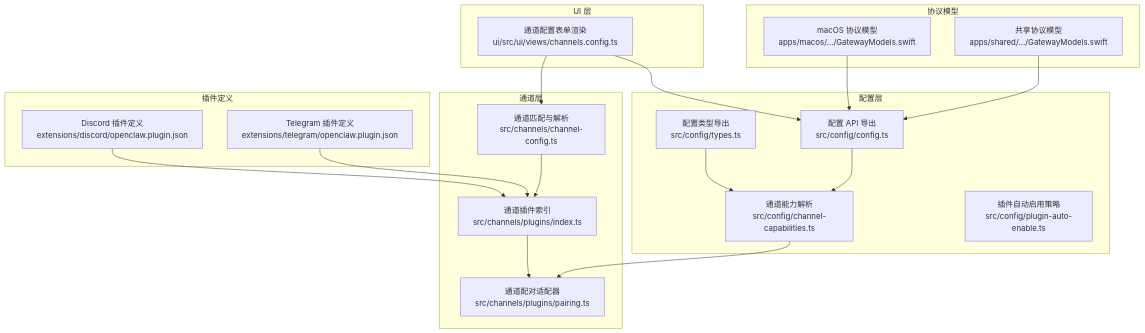
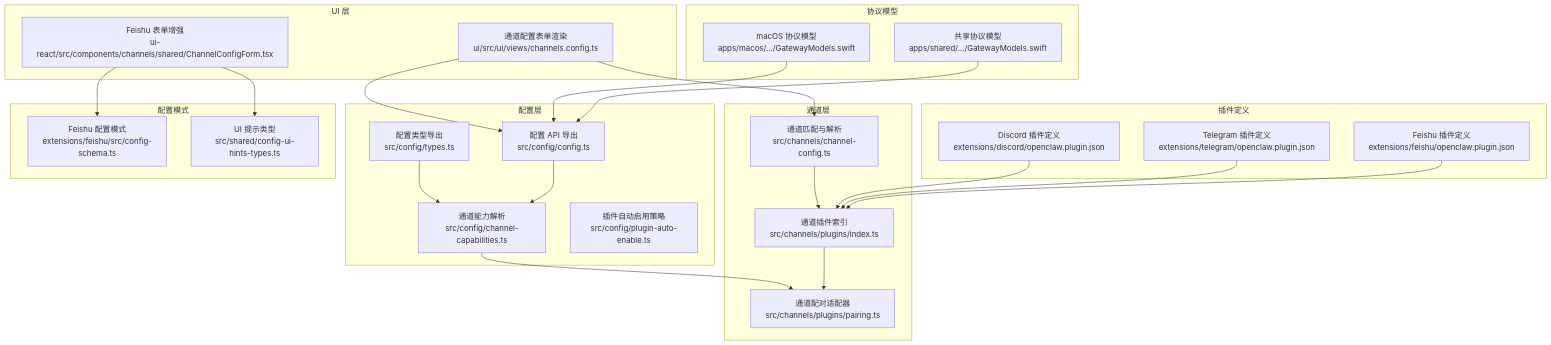
The first of 12 diagrams in .qoder/repowiki/zh/content/消息通道系统/通道配置.md (verse-ai-org/openclaw), drawn with Mermaid before and after one commit. The commit also changed other lines of this file and 86 other files, not shown here.

````diff
--- a/.qoder/repowiki/zh/content/消息通道系统/通道配置.md
+++ b/.qoder/repowiki/zh/content/消息通道系统/通道配置.md
@@ -54,36 +72,45 @@
 ```mermaid
 graph TB
 subgraph "配置层"
 CFG_TYPES["配置类型导出<br/>src/config/types.ts"]
 CFG_API["配置 API 导出<br/>src/config/config.ts"]
 CAPS["通道能力解析<br/>src/config/channel-capabilities.ts"]
 AUTO["插件自动启用策略<br/>src/config/plugin-auto-enable.ts"]
 end
 subgraph "通道层"
 CH_MATCH["通道匹配与解析<br/>src/channels/channel-config.ts"]
 PLUG_IDX["通道插件索引<br/>src/channels/plugins/index.ts"]
 PLUG_PAIR["通道配对适配器<br/>src/channels/plugins/pairing.ts"]
 end
 subgraph "UI 层"
 UI_FORM["通道配置表单渲染<br/>ui/src/ui/views/channels.config.ts"]
+FEISHU_UI["Feishu 表单增强<br/>ui-react/src/components/channels/shared/ChannelConfigForm.tsx"]
 end
 subgraph "插件定义"
 DISCORD_JSON["Discord 插件定义<br/>extensions/discord/openclaw.plugin.json"]
 TELEGRAM_JSON["Telegram 插件定义<br/>extensions/telegram/openclaw.plugin.json"]
+FEISHU_JSON["Feishu 插件定义<br/>extensions/feishu/openclaw.plugin.json"]
+end
+subgraph "配置模式"
+FEISHU_SCHEMA["Feishu 配置模式<br/>extensions/feishu/src/config-schema.ts"]
+UI_HINTS["UI 提示类型<br/>src/shared/config-ui-hints-types.ts"]
 end
 subgraph "协议模型"
 MAC_SWIFT["macOS 协议模型<br/>apps/macos/.../GatewayModels.swift"]
 SHARED_SWIFT["共享协议模型<br/>apps/shared/.../GatewayModels.swift"]
 end
 CFG_TYPES --> CAPS
 CFG_API --> CAPS
 CAPS --> PLUG_PAIR
 CH_MATCH --> PLUG_IDX
 PLUG_IDX --> PLUG_PAIR
 UI_FORM --> CFG_API
 UI_FORM --> CH_MATCH
+FEISHU_UI --> FEISHU_SCHEMA
+FEISHU_UI --> UI_HINTS
 DISCORD_JSON --> PLUG_IDX
 TELEGRAM_JSON --> PLUG_IDX
+FEISHU_JSON --> PLUG_IDX
 MAC_SWIFT --> CFG_API
 SHARED_SWIFT --> CFG_API
 ```
````
